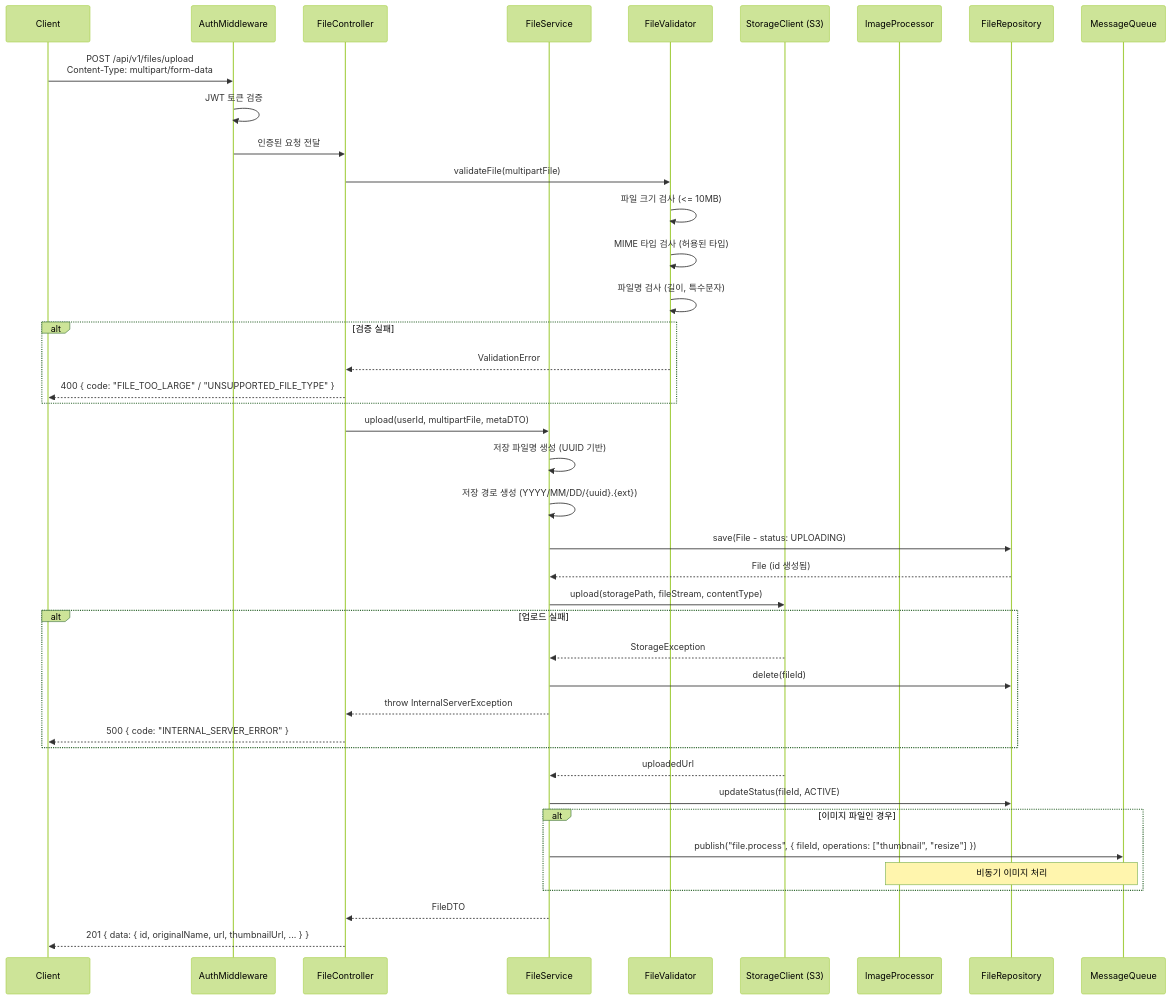
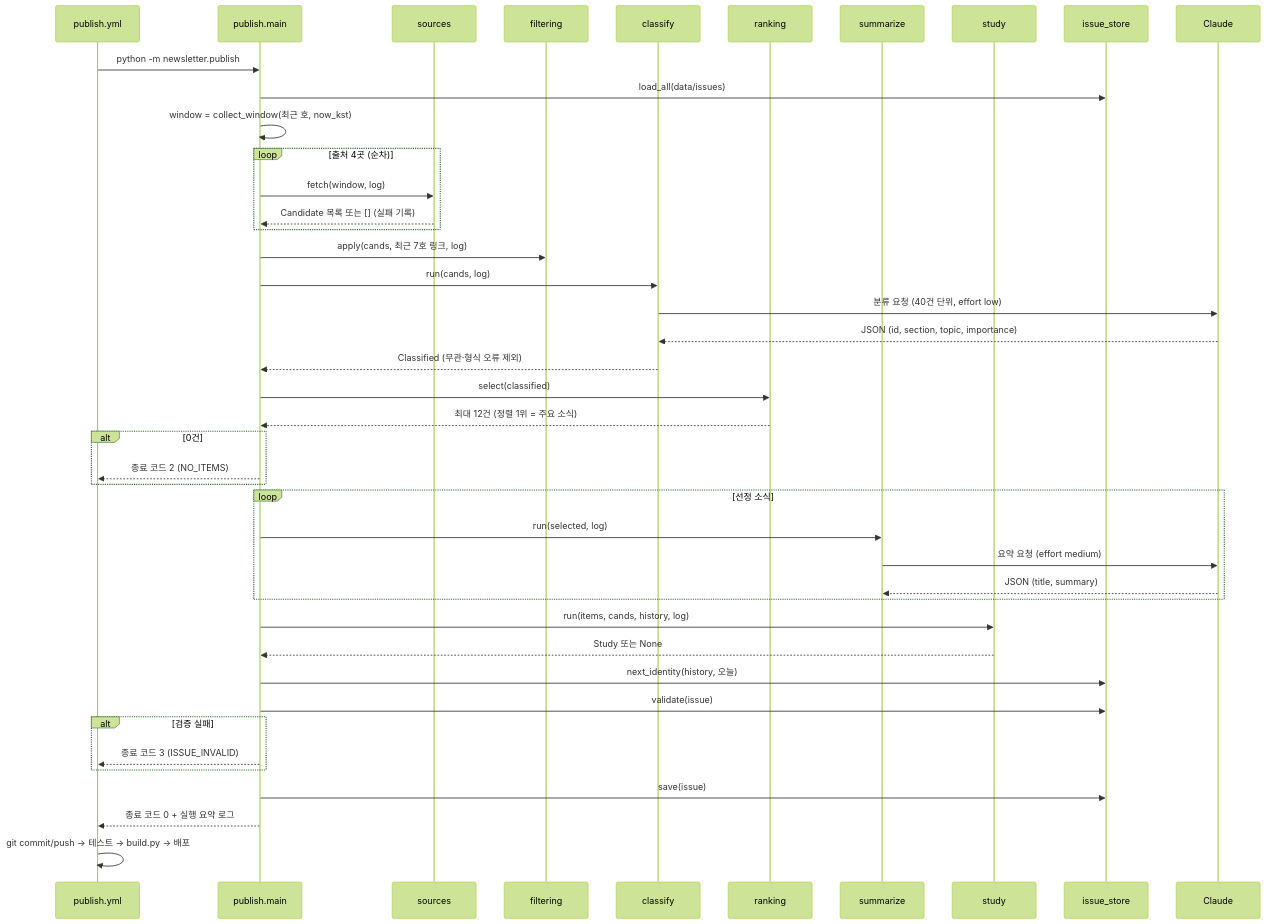
The third of 7 diagrams in waterfall/03-상세설계/상세설계서.md (naneunimjee/2026-vibe-coding-adv), drawn with Mermaid (forest theme) before and after one commit. The commit also changed other lines of this file and 4 other files, not shown here.

````diff
--- a/waterfall/03-상세설계/상세설계서.md
+++ b/waterfall/03-상세설계/상세설계서.md
@@ -540,52 +203,46 @@
 ```mermaid
 sequenceDiagram
-    participant Client
-    participant MW as AuthMiddleware
-    participant Controller as FileController
-    participant Service as FileService
-    participant Validator as FileValidator
-    participant Storage as StorageClient (S3)
-    participant ImageProc as ImageProcessor
-    participant FileRepo as FileRepository
-    participant MQ as MessageQueue
+    participant WF as publish.yml
+    participant P as publish.main
+    participant S as sources
+    participant F as filtering
+    participant C as classify
+    participant R as ranking
+    participant SU as summarize
+    participant ST as study
+    participant IS as issue_store
+    participant CL as Claude
 
-    Client->>MW: POST /api/v1/files/upload<br/>Content-Type: multipart/form-data
-    MW->>MW: JWT 토큰 검증
-    MW->>Controller: 인증된 요청 전달
-
-    Controller->>Validator: validateFile(multipartFile)
-    Validator->>Validator: 파일 크기 검사 (<= 10MB)
-    Validator->>Validator: MIME 타입 검사 (허용된 타입)
-    Validator->>Validator: 파일명 검사 (길이, 특수문자)
+    WF->>P: python -m newsletter.publish
+    P->>IS: load_all(data/issues)
+    P->>P: window = collect_window(최근 호, now_kst)
+    loop 출처 4곳 (순차)
+        P->>S: fetch(window, log)
+        S-->>P: Candidate 목록 또는 [] (실패 기록)
+    end
+    P->>F: apply(cands, 최근 7호 링크, log)
+    P->>C: run(cands, log)
+    C->>CL: 분류 요청 (40건 단위, effort low)
+    CL-->>C: JSON (id, section, topic, importance)
+    C-->>P: Classified (무관·형식 오류 제외)
+    P->>R: select(classified)
+    R-->>P: 최대 12건 (정렬 1위 = 주요 소식)
+    alt 0건
+        P-->>WF: 종료 코드 2 (NO_ITEMS)
+    end
+    loop 선정 소식
+        P->>SU: run(selected, log)
+        SU->>CL: 요약 요청 (effort medium)
+        CL-->>SU: JSON (title, summary)
+    end
+    P->>ST: run(items, cands, history, log)
+    ST-->>P: Study 또는 None
+    P->>IS: next_identity(history, 오늘)
+    P->>IS: validate(issue)
     alt 검증 실패
-        Validator-->>Controller: ValidationError
-        Controller-->>Client: 400 { code: "FILE_TOO_LARGE" / "UNSUPPORTED_FILE_TYPE" }
+        P-->>WF: 종료 코드 3 (ISSUE_INVALID)
     end
-
-    Controller->>Service: upload(userId, multipartFile, metaDTO)
-
-    Service->>Service: 저장 파일명 생성 (UUID 기반)
-    Service->>Service: 저장 경로 생성 (YYYY/MM/DD/{uuid}.{ext})
-
-    Service->>FileRepo: save(File - status: UPLOADING)
-    FileRepo-->>Service: File (id 생성됨)
-
-    Service->>Storage: upload(storagePath, fileStream, contentType)
-    alt 업로드 실패
-        Storage-->>Service: StorageException
-        Service->>FileRepo: delete(fileId)
-        Service-->>Controller: throw InternalServerException
-        Controller-->>Client: 500 { code: "INTERNAL_SERVER_ERROR" }
-    end
-    Storage-->>Service: uploadedUrl
-
-    Service->>FileRepo: updateStatus(fileId, ACTIVE)
-
-    alt 이미지 파일인 경우
-        Service->>MQ: publish("file.process", { fileId, operations: ["thumbnail", "resize"] })
-        Note over MQ,ImageProc: 비동기 이미지 처리
-    end
-
-    Service-->>Controller: FileDTO
-    Controller-->>Client: 201 { data: { id, originalName, url, thumbnailUrl, ... } }
+    P->>IS: save(issue)
+    P-->>WF: 종료 코드 0 + 실행 요약 로그
+    WF->>WF: git commit/push → 테스트 → build.py → 배포
 ```
````
